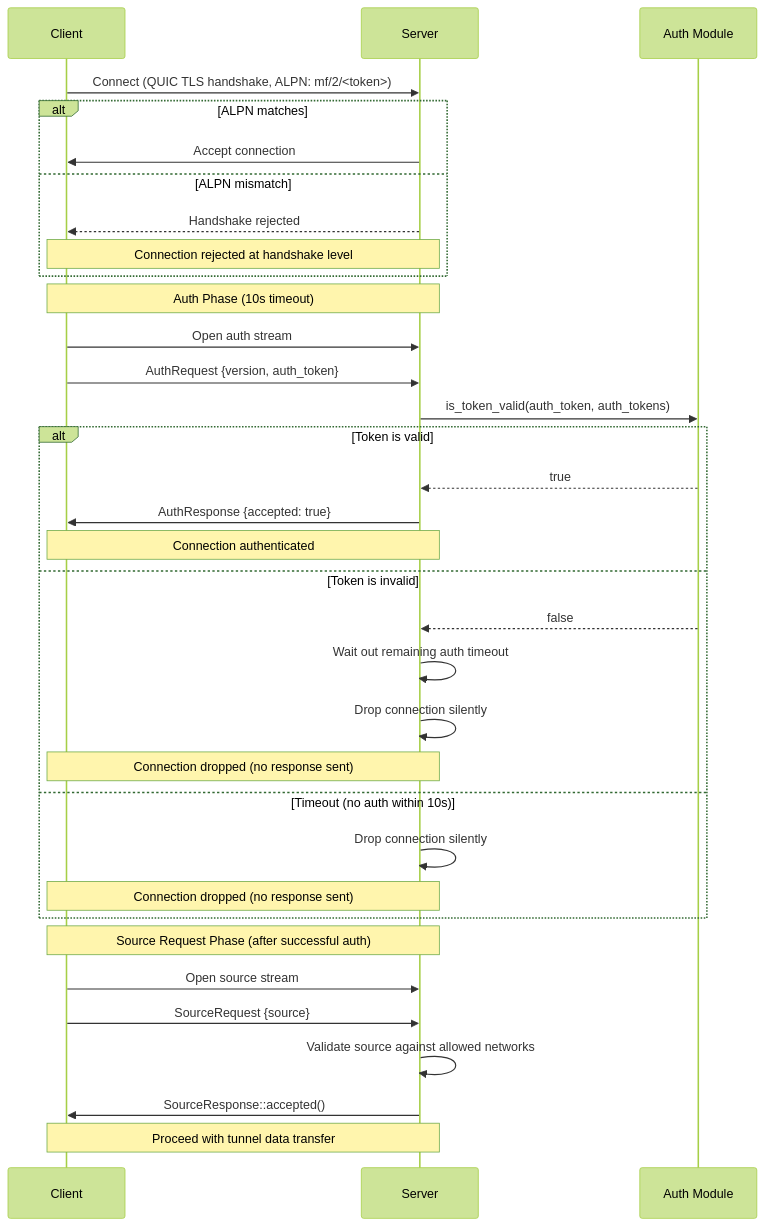
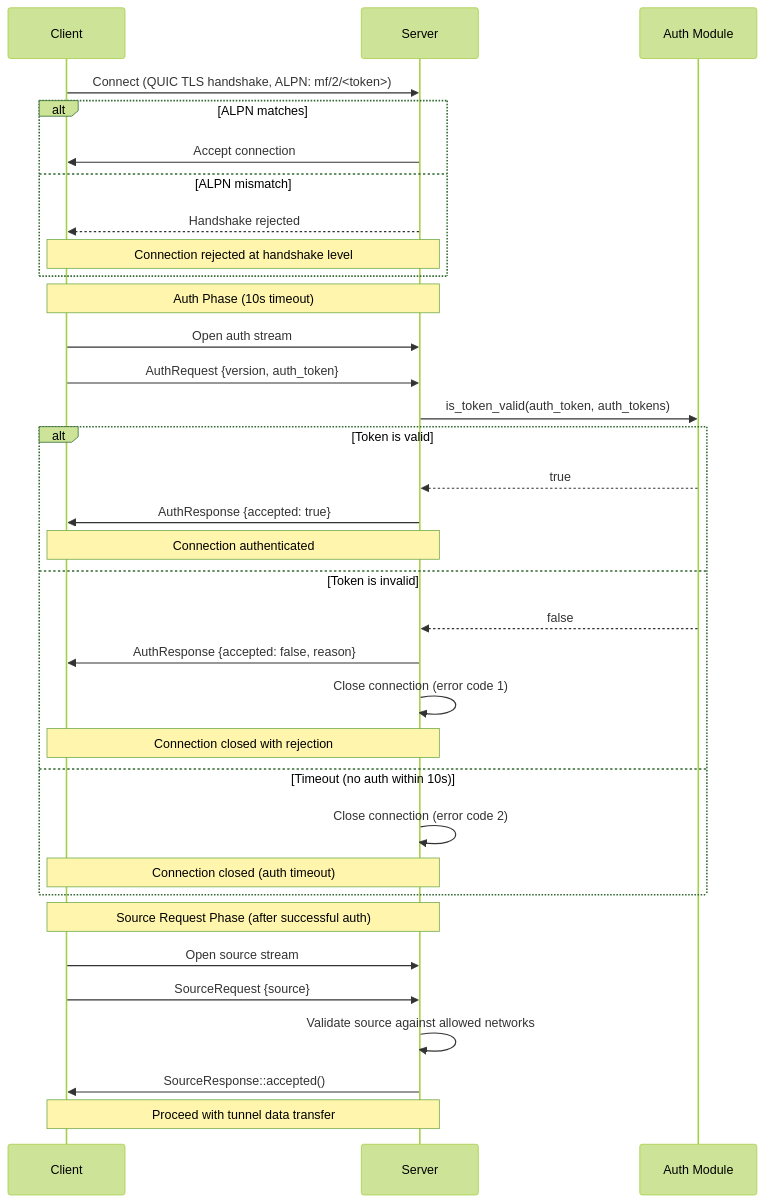
Before and after one commit to andrewtheguy/tunnel-rs: diagram 15 of 23 in docs/ARCHITECTURE.md, drawn with Mermaid (forest theme). The commit also changed other lines of this file and 5 other files, not shown here.

````diff
--- a/docs/ARCHITECTURE.md
+++ b/docs/ARCHITECTURE.md
@@ -667,39 +667,39 @@
 ```mermaid
 sequenceDiagram
     participant C as Client
     participant S as Server
     participant A as Auth Module
 
     C->>S: Connect (QUIC TLS handshake, ALPN: mf/2/<token>)
     alt ALPN matches
         S->>C: Accept connection
     else ALPN mismatch
         S-->>C: Handshake rejected
         Note over S,C: Connection rejected at handshake level
     end
 
     Note over C,S: Auth Phase (10s timeout)
     C->>S: Open auth stream
     C->>S: AuthRequest {version, auth_token}
     S->>A: is_token_valid(auth_token, auth_tokens)
     alt Token is valid
         A-->>S: true
         S->>C: AuthResponse {accepted: true}
         Note over S,C: Connection authenticated
     else Token is invalid
         A-->>S: false
-        S->>S: Wait out remaining auth timeout
-        S->>S: Drop connection silently
-        Note over S,C: Connection dropped (no response sent)
+        S->>C: AuthResponse {accepted: false, reason}
+        S->>S: Close connection (error code 1)
+        Note over S,C: Connection closed with rejection
     else Timeout (no auth within 10s)
-        S->>S: Drop connection silently
-        Note over S,C: Connection dropped (no response sent)
+        S->>S: Close connection (error code 2)
+        Note over S,C: Connection closed (auth timeout)
     end
 
     Note over C,S: Source Request Phase (after successful auth)
     C->>S: Open source stream
     C->>S: SourceRequest {source}
     S->>S: Validate source against allowed networks
     S->>C: SourceResponse::accepted()
     Note over S,C: Proceed with tunnel data transfer
 ```
````
